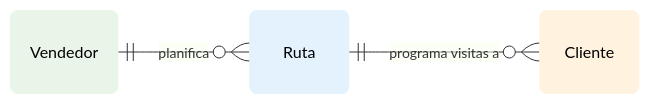
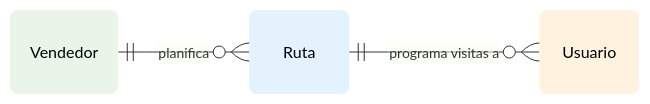
Before and after one commit to retenai/public-documentation: the diagram in docs/data-loading/settings/routes/README.md, drawn with Mermaid. The commit also changed other lines of this file and 10 other files, not shown here.

````diff
--- a/docs/data-loading/settings/routes/README.md
+++ b/docs/data-loading/settings/routes/README.md
@@ -7,26 +7,26 @@
 ```mermaid
 erDiagram
     direction LR
     
     %% Estilos personalizados para las entidades - bordes redondeados y solo relleno
     classDef sellerClass fill:#e8f5e8,stroke:none,color:#000,rx:8,ry:8
     classDef routeClass fill:#e3f2fd,stroke:none,color:#000,rx:8,ry:8
     classDef clientClass fill:#fff3e0,stroke:none,color:#000,rx:8,ry:8
     
     Vendedor ||--o{ Ruta : "planifica"
-    Ruta ||--o{ Cliente : "programa visitas a"
+    Ruta ||--o{ Usuario : "programa visitas a"
 
     Vendedor {
     }
 
     Ruta {
     }
 
-    Cliente {
+    Usuario {
     }
 
     %% Aplicar estilos
     class Vendedor sellerClass
     class Ruta routeClass
-    class Cliente clientClass
+    class Usuario clientClass
 ```
````
